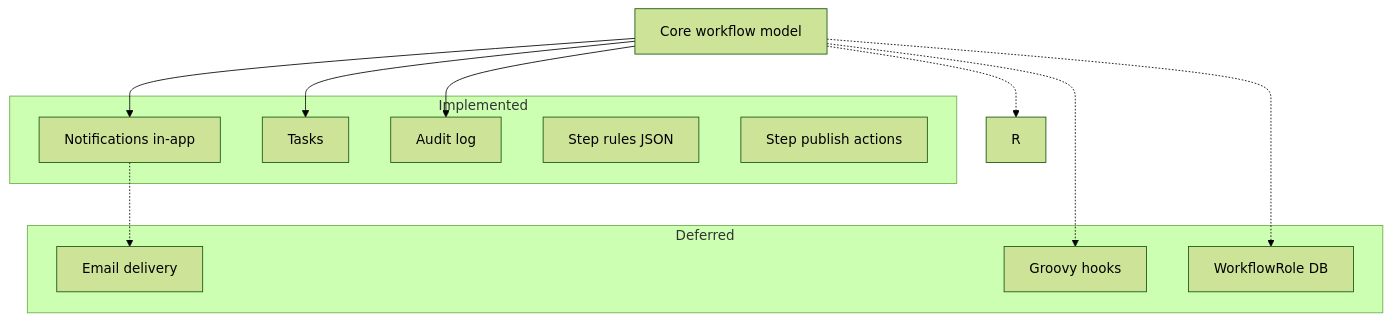
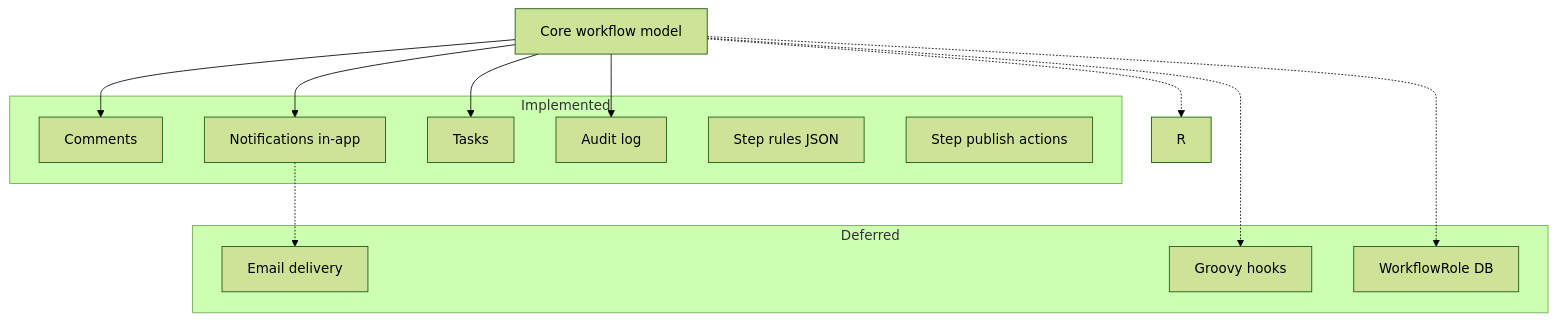
One commit to russdanner/plugin-studio-workflow changed the diagram in docs/EXTENSIONS.md. Above: the diagram before and after it, drawn with Mermaid (forest theme). The commit also changed other lines of this file and 7 other files, not shown here.

````diff
--- a/docs/EXTENSIONS.md
+++ b/docs/EXTENSIONS.md
@@ -15,24 +16,26 @@
 ```mermaid
 flowchart TB
     subgraph Implemented["Implemented"]
+        CM[Comments]
         N[Notifications in-app]
         T[Tasks]
         A[Audit log]
         SR[Step rules JSON]
         SA[Step publish actions]
     end
 
     subgraph Deferred["Deferred"]
         E[Email delivery]
         H[Groovy hooks]
         WR[WorkflowRole DB]
     end
 
-    CORE[Core workflow model] --> N
+    CORE[Core workflow model] --> CM
+    CORE --> N
     CORE --> T
     CORE --> A
     N -.-> E
     CORE -.-> H
     CORE -.-> R
     CORE -.-> WR
 ```
````
